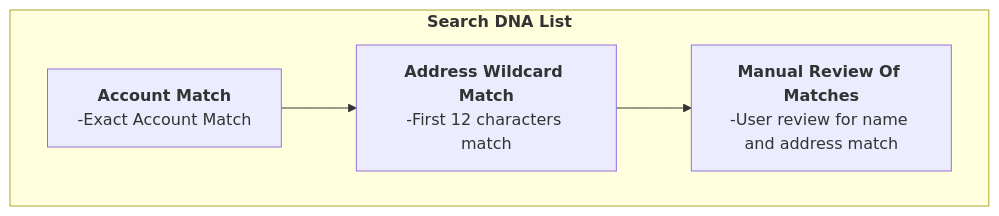
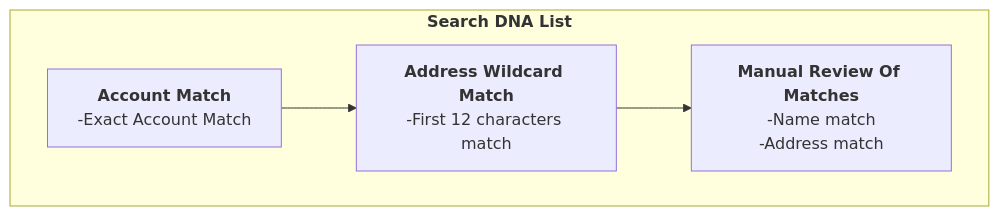
The sixth of 6 diagrams in DIAGRAMS.md (vistra-muniagg/List-Management-Tool), drawn with Mermaid before and after one commit.

Commit message:
Refine manual review description in DNA search diagram
Updated manual review description to specify name and address matches.

````diff
--- a/DIAGRAMS.md
+++ b/DIAGRAMS.md
@@ -243,25 +243,25 @@
 ```mermaid
 
 %%{init: {
   "theme": "base",
   "themeVariables": {
     "fontSize": "12px",
     "fontFamily": "Segoe UI",
     "primaryColor": "#eef6ff",          %% node fill
     "primaryBorderColor": "#1e40af",    %% node border
     "primaryTextColor": "#0f172a",      %% node text
     "lineColor": "#1e40af"
   }
 }}%%
 
 graph TD
 
     subgraph DNA_search["<b>Search DNA List</b>"]
     direction LR
         account_match["<b>Account Match</b><br>-Exact Account Match"]
         address_match["<b>Address Wildcard Match</b><br>-First 12 characters match"]
-        manual_review["<b>Manual Review Of Matches</b><br>-User review for name and address match"]
+        manual_review["<b>Manual Review Of Matches</b><br>-Name match<br>-Address match"]
         account_match --> address_match --> manual_review
     end
 
 ```
````
